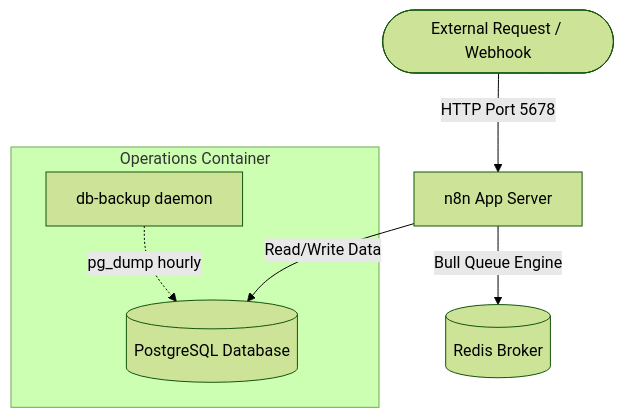
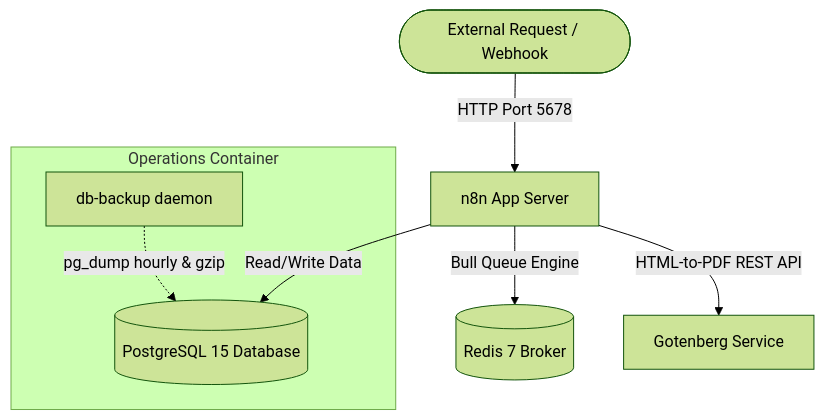
One commit to MelvinjoseC/N8N-workflow changed the diagram in README.md. Above: the diagram before and after it, drawn with Mermaid (forest theme). The commit also changed other lines of this file and 2 other files, not shown here.

````diff
--- a/README.md
+++ b/README.md
@@ -11,10 +11,11 @@
 ```mermaid
 graph TD
     User([External Request / Webhook]) -->|HTTP Port 5678| N8N[n8n App Server]
-    N8N -->|Read/Write Data| DB[(PostgreSQL Database)]
-    N8N -->|Bull Queue Engine| Redis[(Redis Broker)]
+    N8N -->|Read/Write Data| DB[(PostgreSQL 15 Database)]
+    N8N -->|Bull Queue Engine| Redis[(Redis 7 Broker)]
+    N8N -->|HTML-to-PDF REST API| Gotenberg[Gotenberg Service]
     
     subgraph Operations Container
-        Backup[db-backup daemon] -.->|pg_dump hourly| DB
+        Backup[db-backup daemon] -.->|pg_dump hourly & gzip| DB
     end
 ```
````
